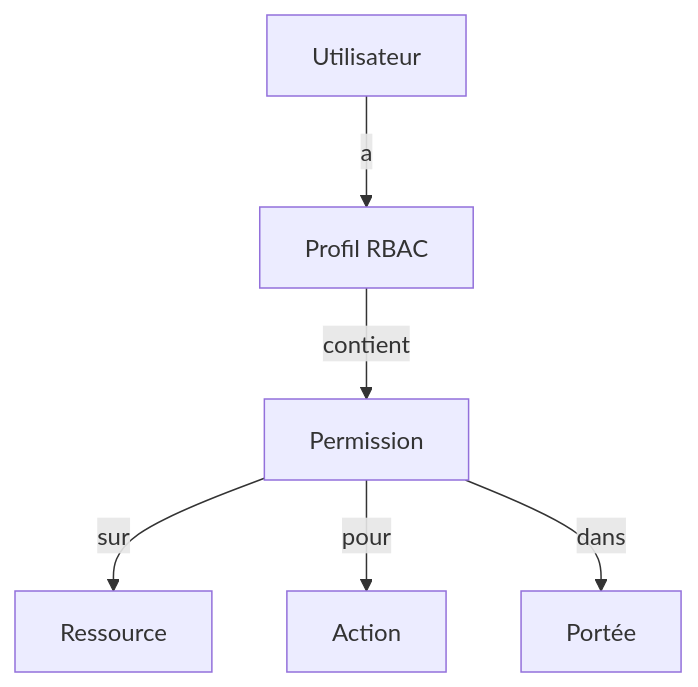
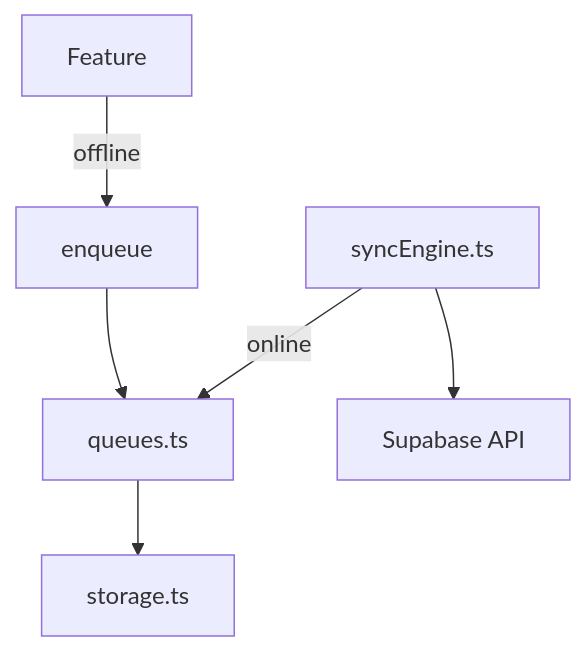
The seventh of 7 diagrams in docs/ARCHITECTURE.md (SOMET1010/igp-ifn-connect), drawn with Mermaid before and after one commit. The commit also changed other lines of this file and 26 other files, not shown here.

````diff
--- a/docs/ARCHITECTURE.md
+++ b/docs/ARCHITECTURE.md
@@ -241,15 +321,16 @@
 ```mermaid
 graph TD
-    User[Utilisateur]
-    Profile[Profil RBAC]
-    Permission[Permission]
-    Resource[Ressource]
-    Action[Action]
-    Scope[Portée]
+    Feature[Feature]
+    Enqueue[enqueue]
+    Queues[queues.ts]
+    Storage[storage.ts]
+    SyncEngine[syncEngine.ts]
+    API[Supabase API]
     
-    User -->|a| Profile
-    Profile -->|contient| Permission
-    Permission -->|sur| Resource
-    Permission -->|pour| Action
-    Permission -->|dans| Scope
+    Feature -->|offline| Enqueue
+    Enqueue --> Queues
+    Queues --> Storage
+    
+    SyncEngine -->|online| Queues
+    SyncEngine --> API
 ```
````
